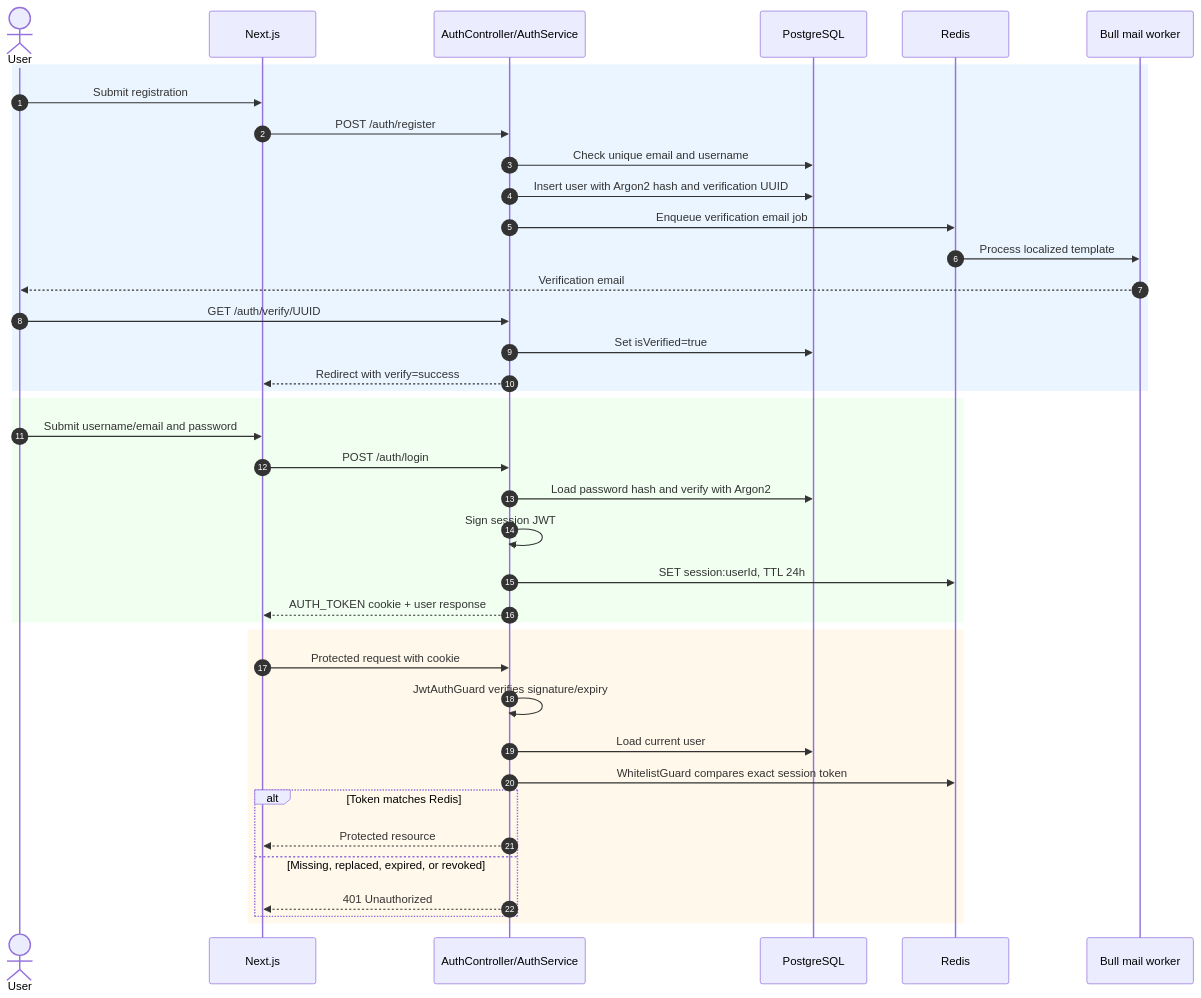
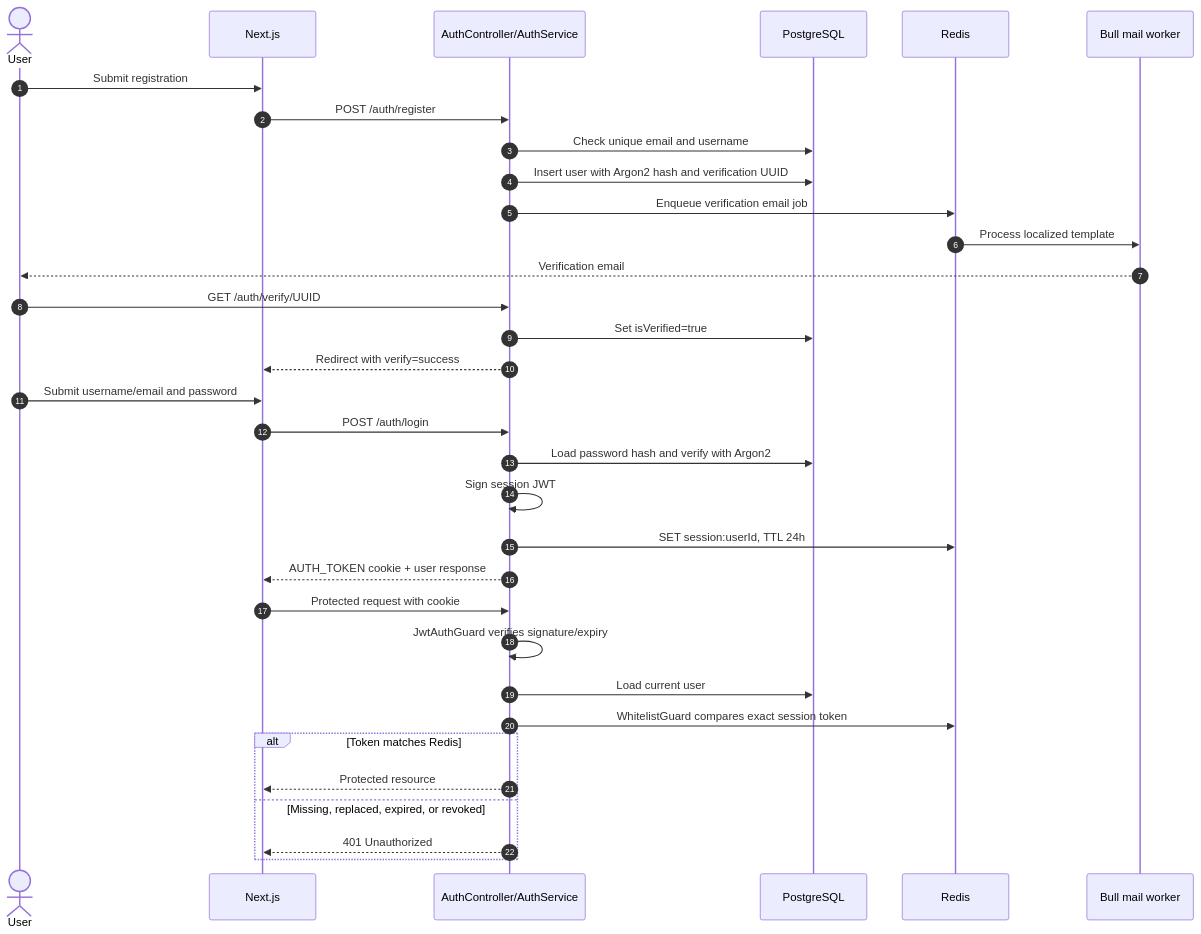
The fifth of 8 diagrams in explain.md (EVBLOOD/Hypertube), drawn with Mermaid before and after one commit. The commit also changed other lines of this file, not shown here.

````diff
--- a/explain.md
+++ b/explain.md
@@ -425,44 +469,38 @@
 ```mermaid
 sequenceDiagram
     autonumber
     actor User
     participant UI as Next.js
     participant Auth as AuthController/AuthService
     participant DB as PostgreSQL
     participant Redis
     participant Mail as Bull mail worker
 
-    rect rgb(235, 245, 255)
         User->>UI: Submit registration
         UI->>Auth: POST /auth/register
         Auth->>DB: Check unique email and username
         Auth->>DB: Insert user with Argon2 hash and verification UUID
         Auth->>Redis: Enqueue verification email job
         Redis->>Mail: Process localized template
         Mail-->>User: Verification email
         User->>Auth: GET /auth/verify/UUID
         Auth->>DB: Set isVerified=true
         Auth-->>UI: Redirect with verify=success
-    end
 
-    rect rgb(240, 255, 240)
         User->>UI: Submit username/email and password
         UI->>Auth: POST /auth/login
         Auth->>DB: Load password hash and verify with Argon2
         Auth->>Auth: Sign session JWT
         Auth->>Redis: SET session:userId, TTL 24h
         Auth-->>UI: AUTH_TOKEN cookie + user response
-    end
 
-    rect rgb(255, 248, 235)
         UI->>Auth: Protected request with cookie
         Auth->>Auth: JwtAuthGuard verifies signature/expiry
         Auth->>DB: Load current user
         Auth->>Redis: WhitelistGuard compares exact session token
         alt Token matches Redis
             Auth-->>UI: Protected resource
         else Missing, replaced, expired, or revoked
             Auth-->>UI: 401 Unauthorized
-        end
     end
 ```
````
